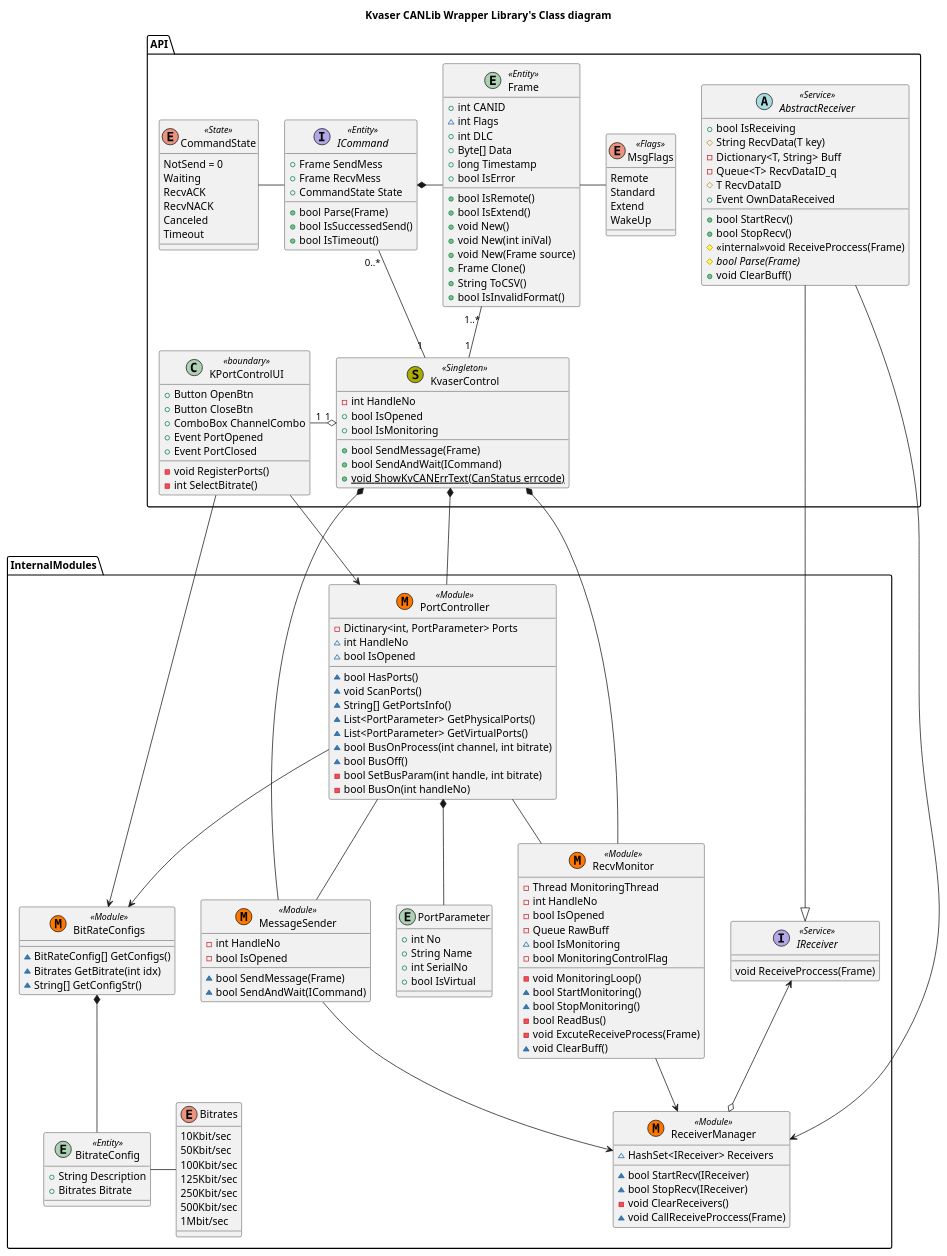
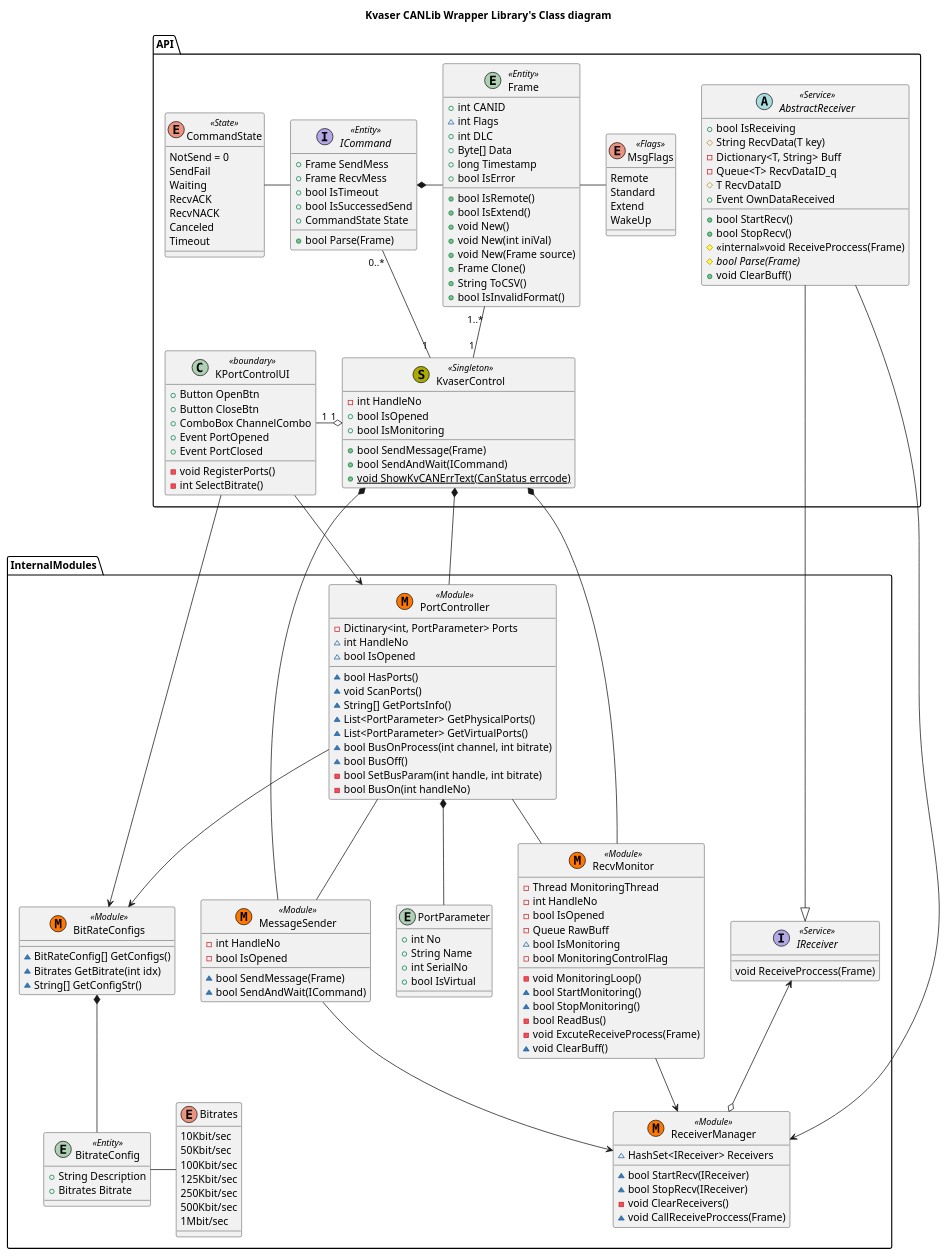
The diagram in docs/Class.wsd (hiratashinnya/KvaserCANLib), drawn with PlantUML before and after one commit. The commit also changed 12 other files, not shown here.

```diff
--- a/docs/Class.wsd
+++ b/docs/Class.wsd
@@ -1,198 +1,199 @@
 @startuml
 
 title "Kvaser CANLib Wrapper Library's Class diagram"
 
 package API{
 
     class KPortControlUI<<boundary>>{
         +Button OpenBtn
         +Button CloseBtn
         +ComboBox ChannelCombo
         -void RegisterPorts()
         -int SelectBitrate()
         +Event PortOpened
         +Event PortClosed
     }
 
     class KvaserControl<< (S, #AAAA00) Singleton>>{
         -int HandleNo
         +bool IsOpened
         +bool IsMonitoring
         
         +bool SendMessage(Frame)
         +bool SendAndWait(ICommand)
         +{static}void ShowKvCANErrText(CanStatus errcode)
     }
 
     entity Frame<<Entity>>{
         +int CANID
         ~int Flags
         +int DLC
         +Byte[] Data
         +long Timestamp
         +bool IsError
         +bool IsRemote()
         +bool IsExtend()
         +void New()
         +void New(int iniVal)
         +void New(Frame source)
         +Frame Clone()
         +String ToCSV()
         +bool IsInvalidFormat()
     }
 
     enum MsgFlags<<Flags>>{
         Remote
         Standard
         Extend
         WakeUp
     }
 
     abstract AbstractReceiver<<Service>>{
         +bool IsReceiving
         #{field}String RecvData(T key)
         -Dictionary<T, String> Buff
         -Queue<T> RecvDataID_q
         #T RecvDataID
         +Event OwnDataReceived
         +bool StartRecv()
         +bool StopRecv()
         #<<internal>>void ReceiveProccess(Frame)
         #{abstract}bool Parse(Frame)
         +void ClearBuff()
     }
 
 
     Interface ICommand<<Entity>>{
         +Frame SendMess
         +Frame RecvMess
+        +bool IsTimeout
+        +bool IsSuccessedSend
         +CommandState State
         +bool Parse(Frame)
-        +bool IsSuccessedSend()
-        +bool IsTimeout()
     }
 
     Enum CommandState<<State>>{
         NotSend = 0
+        SendFail
         Waiting
         RecvACK
         RecvNACK
         Canceled
         Timeout
     }
 
     KPortControlUI "1" -l-o "1" KvaserControl
 
     KvaserControl "1" -u- "0..*" ICommand
     KvaserControl "1" -l "1..*" Frame
 
     CommandState - ICommand
     Frame -* ICommand 
     Frame - MsgFlags 
 }
 
 package InternalModules{
     class BitRateConfigs<< (M, #FF7700) Module>>{
         ~BitRateConfig[] GetConfigs()
         ~Bitrates GetBitrate(int idx)
         ~String[] GetConfigStr()
     }
 
     entity BitrateConfig<<Entity>>{
         +String Description
         +Bitrates Bitrate
     }
 
     enum Bitrates{
         10Kbit/sec
         50Kbit/sec
         100Kbit/sec
         125Kbit/sec
         250Kbit/sec
         500Kbit/sec
         1Mbit/sec
     }
 
     class PortController<< (M, #FF7700) Module>>{
         -{field} Dictinary<int, PortParameter> Ports
         ~int HandleNo
         ~bool IsOpened
         ~bool HasPorts()
         ~void ScanPorts()
         ~String[] GetPortsInfo()
         ~List<PortParameter> GetPhysicalPorts()
         ~List<PortParameter> GetVirtualPorts()
         ~bool BusOnProcess(int channel, int bitrate)
         ~bool BusOff()
         -bool SetBusParam(int handle, int bitrate)
         -bool BusOn(int handleNo)
     }
 
     entity PortParameter{
         +int No
         +String Name
         +int SerialNo
         +bool IsVirtual
     }
 
     class RecvMonitor<< (M, #FF7700) Module>>{
         -Thread MonitoringThread
         -int HandleNo
         -bool IsOpened
         -Queue RawBuff
         ~bool IsMonitoring
         -bool MonitoringControlFlag
         -void MonitoringLoop()
         ~bool StartMonitoring()
         ~bool StopMonitoring()
         -bool ReadBus()
         -void ExcuteReceiveProcess(Frame)
         ~void ClearBuff()
     }
 
     class ReceiverManager<< (M, #FF7700) Module>>{
         ~HashSet<IReceiver> Receivers
         ~bool StartRecv(IReceiver)
         ~bool StopRecv(IReceiver)
         -void ClearReceivers()
         ~void CallReceiveProccess(Frame)
     }
 
         Interface IReceiver<<Service>>{
         void ReceiveProccess(Frame)
     }
 
     class MessageSender<< (M, #FF7700) Module>>{
         -int HandleNo
         -bool IsOpened
         ~bool SendMessage(Frame)
         ~bool SendAndWait(ICommand)
     }
 
     PortController -- RecvMonitor
     PortController -- MessageSender
     RecvMonitor --> ReceiverManager
     MessageSender --> ReceiverManager
     
     PortController *-- PortParameter
     PortController --> BitRateConfigs
 
     BitRateConfigs *-- BitrateConfig
     BitrateConfig - Bitrates
 
 }
 
 
 KPortControlUI ---> PortController
 KPortControlUI ----> BitRateConfigs
 
 KvaserControl *--- PortController
 KvaserControl *--- RecvMonitor
 KvaserControl *--- MessageSender
 
 AbstractReceiver --|> IReceiver
 IReceiver <--o ReceiverManager
 
 AbstractReceiver ---> ReceiverManager
 
 @enduml
```
